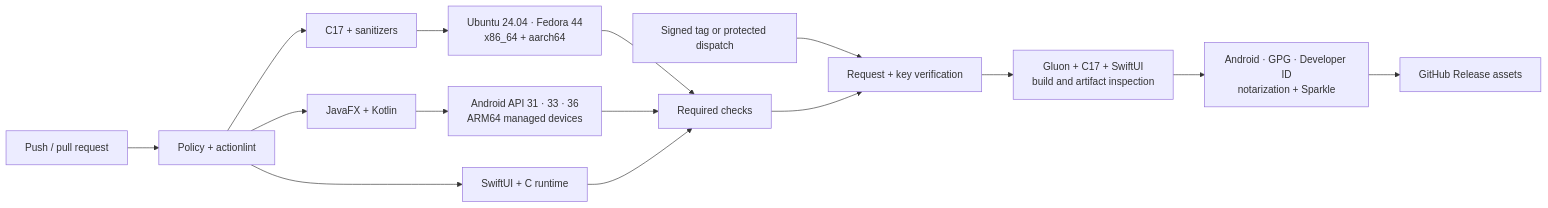
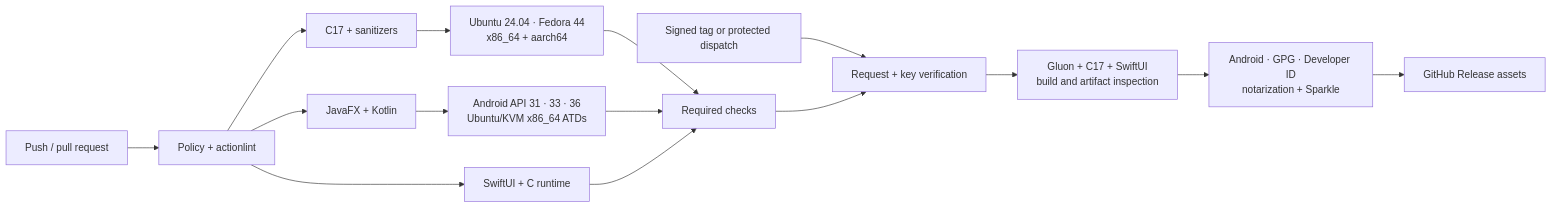
One commit to JohnThre/clambhook changed the diagram in docs/github-cicd.md. Above: the diagram before and after it, drawn with Mermaid. The commit also changed other lines of this file and 11 other files, not shown here.

Commit message:
Run Android journeys on Ubuntu KVM

````diff
--- a/docs/github-cicd.md
+++ b/docs/github-cicd.md
@@ -53,17 +54,17 @@
 ```mermaid
 flowchart LR
     push["Push / pull request"] --> policy["Policy + actionlint"]
     policy --> c["C17 + sanitizers"]
     policy --> java["JavaFX + Kotlin"]
     policy --> swift["SwiftUI + C runtime"]
     c --> distro["Ubuntu 24.04 · Fedora 44<br/>x86_64 + aarch64"]
-    java --> device["Android API 31 · 33 · 36<br/>ARM64 managed devices"]
+    java --> device["Android API 31 · 33 · 36<br/>Ubuntu/KVM x86_64 ATDs"]
     distro --> required["Required checks"]
     device --> required
     swift --> required
     tag["Signed tag or protected dispatch"] --> verify["Request + key verification"]
     required --> verify
     verify --> build["Gluon + C17 + SwiftUI<br/>build and artifact inspection"]
     build --> sign["Android · GPG · Developer ID<br/>notarization + Sparkle"]
     sign --> release["GitHub Release assets"]
 ```
````
